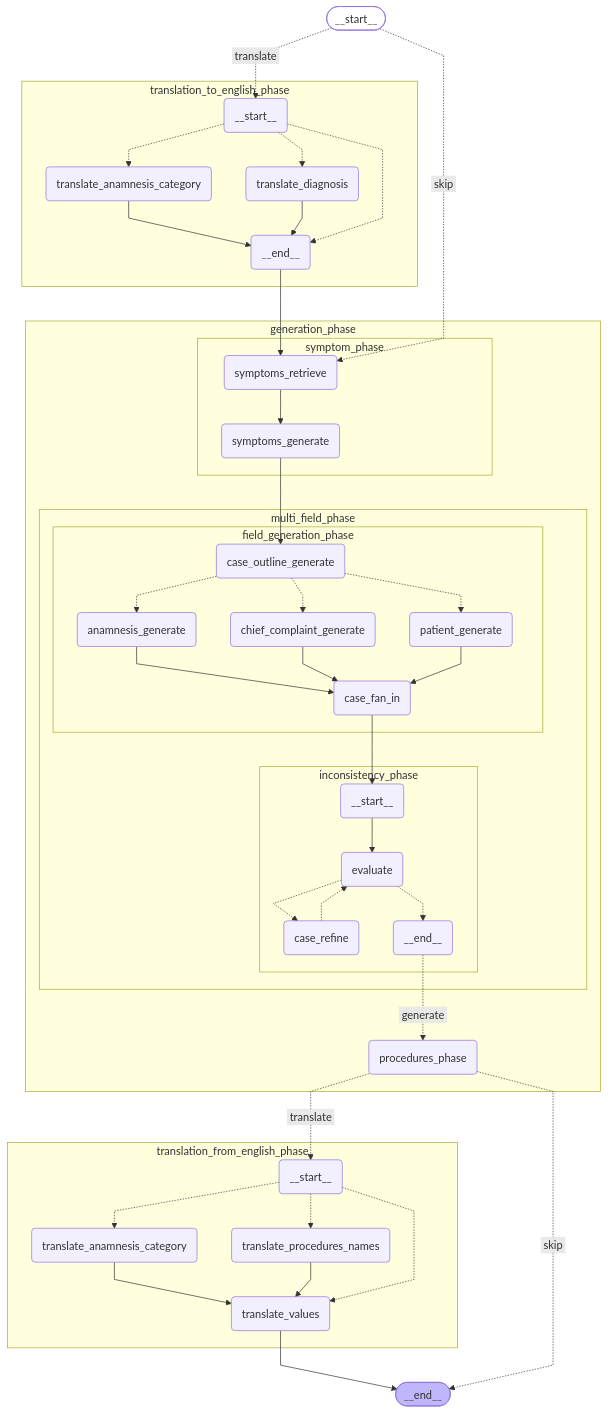
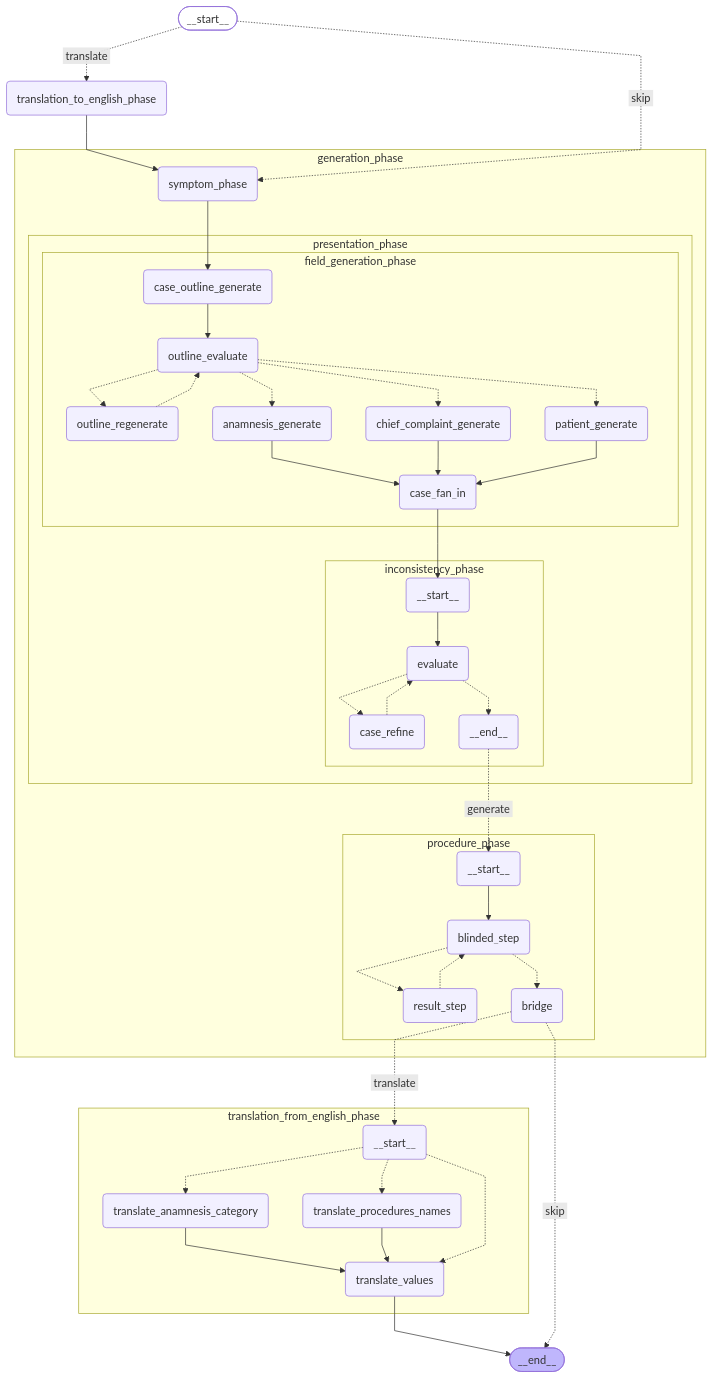
Before and after one commit to janthoXO/AetioMed: the diagram in docs/case-graph.mmd, drawn with Mermaid. The commit also changed 45 other files, not shown here.

```diff
--- a/docs/case-graph.mmd
+++ b/docs/case-graph.mmd
@@ -1,71 +1,71 @@
 %%{init: {'flowchart': {'curve': 'linear'}}}%%
 graph TD;
 	__start__([<p>__start__</p>]):::first
-	translation_to_english_phase___start__(<p>__start__</p>)
-	translation_to_english_phase_translate_diagnosis(translate_diagnosis)
-	translation_to_english_phase_translate_anamnesis_category(translate_anamnesis_category)
-	translation_to_english_phase___end__(<p>__end__</p>)
-	generation_phase_symptom_phase_symptoms_retrieve(symptoms_retrieve)
-	generation_phase_symptom_phase_symptoms_generate(symptoms_generate)
-	generation_phase_multi_field_phase_field_generation_phase_case_outline_generate(case_outline_generate)
-	generation_phase_multi_field_phase_field_generation_phase_patient_generate(patient_generate)
-	generation_phase_multi_field_phase_field_generation_phase_chief_complaint_generate(chief_complaint_generate)
-	generation_phase_multi_field_phase_field_generation_phase_anamnesis_generate(anamnesis_generate)
-	generation_phase_multi_field_phase_field_generation_phase_case_fan_in(case_fan_in)
-	generation_phase_multi_field_phase_inconsistency_phase___start__(<p>__start__</p>)
-	generation_phase_multi_field_phase_inconsistency_phase_evaluate(evaluate)
-	generation_phase_multi_field_phase_inconsistency_phase_case_refine(case_refine)
-	generation_phase_multi_field_phase_inconsistency_phase___end__(<p>__end__</p>)
-	generation_phase_procedures_phase(procedures_phase)
+	translation_to_english_phase(translation_to_english_phase)
+	generation_phase_symptom_phase(symptom_phase)
+	generation_phase_presentation_phase_field_generation_phase_case_outline_generate(case_outline_generate)
+	generation_phase_presentation_phase_field_generation_phase_outline_evaluate(outline_evaluate)
+	generation_phase_presentation_phase_field_generation_phase_outline_regenerate(outline_regenerate)
+	generation_phase_presentation_phase_field_generation_phase_patient_generate(patient_generate)
+	generation_phase_presentation_phase_field_generation_phase_chief_complaint_generate(chief_complaint_generate)
+	generation_phase_presentation_phase_field_generation_phase_anamnesis_generate(anamnesis_generate)
+	generation_phase_presentation_phase_field_generation_phase_case_fan_in(case_fan_in)
+	generation_phase_presentation_phase_inconsistency_phase___start__(<p>__start__</p>)
+	generation_phase_presentation_phase_inconsistency_phase_evaluate(evaluate)
+	generation_phase_presentation_phase_inconsistency_phase_case_refine(case_refine)
+	generation_phase_presentation_phase_inconsistency_phase___end__(<p>__end__</p>)
+	generation_phase_procedure_phase___start__(<p>__start__</p>)
+	generation_phase_procedure_phase_blinded_step(blinded_step)
+	generation_phase_procedure_phase_result_step(result_step)
+	generation_phase_procedure_phase_bridge(bridge)
 	translation_from_english_phase___start__(<p>__start__</p>)
 	translation_from_english_phase_translate_anamnesis_category(translate_anamnesis_category)
 	translation_from_english_phase_translate_procedures_names(translate_procedures_names)
 	translation_from_english_phase_translate_values(translate_values)
 	__end__([<p>__end__</p>]):::last
 	translation_from_english_phase_translate_values --> __end__;
-	translation_to_english_phase___end__ --> generation_phase_symptom_phase_symptoms_retrieve;
-	__start__ -. &nbsp;translate&nbsp; .-> translation_to_english_phase___start__;
-	__start__ -. &nbsp;skip&nbsp; .-> generation_phase_symptom_phase_symptoms_retrieve;
-	generation_phase_procedures_phase -. &nbsp;translate&nbsp; .-> translation_from_english_phase___start__;
-	generation_phase_procedures_phase -. &nbsp;skip&nbsp; .-> __end__;
-	subgraph translation_to_english_phase
-	translation_to_english_phase_translate_anamnesis_category --> translation_to_english_phase___end__;
-	translation_to_english_phase_translate_diagnosis --> translation_to_english_phase___end__;
-	translation_to_english_phase___start__ -.-> translation_to_english_phase_translate_diagnosis;
-	translation_to_english_phase___start__ -.-> translation_to_english_phase_translate_anamnesis_category;
-	translation_to_english_phase___start__ -.-> translation_to_english_phase___end__;
-	end
+	translation_to_english_phase --> generation_phase_symptom_phase;
+	__start__ -. &nbsp;translate&nbsp; .-> translation_to_english_phase;
+	__start__ -. &nbsp;skip&nbsp; .-> generation_phase_symptom_phase;
+	generation_phase_procedure_phase_bridge -. &nbsp;translate&nbsp; .-> translation_from_english_phase___start__;
+	generation_phase_procedure_phase_bridge -. &nbsp;skip&nbsp; .-> __end__;
 	subgraph generation_phase
-	subgraph symptom_phase
-	generation_phase_symptom_phase_symptoms_retrieve --> generation_phase_symptom_phase_symptoms_generate;
-	end
-	subgraph multi_field_phase
+	subgraph presentation_phase
 	subgraph field_generation_phase
-	generation_phase_multi_field_phase_field_generation_phase_anamnesis_generate --> generation_phase_multi_field_phase_field_generation_phase_case_fan_in;
-	generation_phase_multi_field_phase_field_generation_phase_chief_complaint_generate --> generation_phase_multi_field_phase_field_generation_phase_case_fan_in;
-	generation_phase_multi_field_phase_field_generation_phase_patient_generate --> generation_phase_multi_field_phase_field_generation_phase_case_fan_in;
-	generation_phase_multi_field_phase_field_generation_phase_case_outline_generate -.-> generation_phase_multi_field_phase_field_generation_phase_patient_generate;
-	generation_phase_multi_field_phase_field_generation_phase_case_outline_generate -.-> generation_phase_multi_field_phase_field_generation_phase_chief_complaint_generate;
-	generation_phase_multi_field_phase_field_generation_phase_case_outline_generate -.-> generation_phase_multi_field_phase_field_generation_phase_anamnesis_generate;
+	generation_phase_presentation_phase_field_generation_phase_anamnesis_generate --> generation_phase_presentation_phase_field_generation_phase_case_fan_in;
+	generation_phase_presentation_phase_field_generation_phase_case_outline_generate --> generation_phase_presentation_phase_field_generation_phase_outline_evaluate;
+	generation_phase_presentation_phase_field_generation_phase_chief_complaint_generate --> generation_phase_presentation_phase_field_generation_phase_case_fan_in;
+	generation_phase_presentation_phase_field_generation_phase_patient_generate --> generation_phase_presentation_phase_field_generation_phase_case_fan_in;
+	generation_phase_presentation_phase_field_generation_phase_outline_evaluate -.-> generation_phase_presentation_phase_field_generation_phase_outline_regenerate;
+	generation_phase_presentation_phase_field_generation_phase_outline_evaluate -.-> generation_phase_presentation_phase_field_generation_phase_patient_generate;
+	generation_phase_presentation_phase_field_generation_phase_outline_evaluate -.-> generation_phase_presentation_phase_field_generation_phase_chief_complaint_generate;
+	generation_phase_presentation_phase_field_generation_phase_outline_evaluate -.-> generation_phase_presentation_phase_field_generation_phase_anamnesis_generate;
+	generation_phase_presentation_phase_field_generation_phase_outline_regenerate -.-> generation_phase_presentation_phase_field_generation_phase_outline_evaluate;
 	end
 	subgraph inconsistency_phase
-	generation_phase_multi_field_phase_inconsistency_phase___start__ --> generation_phase_multi_field_phase_inconsistency_phase_evaluate;
-	generation_phase_multi_field_phase_inconsistency_phase_evaluate -.-> generation_phase_multi_field_phase_inconsistency_phase_case_refine;
-	generation_phase_multi_field_phase_inconsistency_phase_evaluate -.-> generation_phase_multi_field_phase_inconsistency_phase___end__;
-	generation_phase_multi_field_phase_inconsistency_phase_case_refine -.-> generation_phase_multi_field_phase_inconsistency_phase_evaluate;
+	generation_phase_presentation_phase_inconsistency_phase___start__ --> generation_phase_presentation_phase_inconsistency_phase_evaluate;
+	generation_phase_presentation_phase_inconsistency_phase_evaluate -.-> generation_phase_presentation_phase_inconsistency_phase_case_refine;
+	generation_phase_presentation_phase_inconsistency_phase_evaluate -.-> generation_phase_presentation_phase_inconsistency_phase___end__;
+	generation_phase_presentation_phase_inconsistency_phase_case_refine -.-> generation_phase_presentation_phase_inconsistency_phase_evaluate;
 	end
-	generation_phase_multi_field_phase_field_generation_phase_case_fan_in --> generation_phase_multi_field_phase_inconsistency_phase___start__;
+	generation_phase_presentation_phase_field_generation_phase_case_fan_in --> generation_phase_presentation_phase_inconsistency_phase___start__;
 	end
-	generation_phase_symptom_phase_symptoms_generate --> generation_phase_multi_field_phase_field_generation_phase_case_outline_generate;
-	generation_phase_multi_field_phase_inconsistency_phase___end__ -. &nbsp;generate&nbsp; .-> generation_phase_procedures_phase;
+	subgraph procedure_phase
+	generation_phase_procedure_phase___start__ --> generation_phase_procedure_phase_blinded_step;
+	generation_phase_procedure_phase_blinded_step -.-> generation_phase_procedure_phase_result_step;
+	generation_phase_procedure_phase_blinded_step -.-> generation_phase_procedure_phase_bridge;
+	generation_phase_procedure_phase_result_step -.-> generation_phase_procedure_phase_blinded_step;
+	end
+	generation_phase_symptom_phase --> generation_phase_presentation_phase_field_generation_phase_case_outline_generate;
+	generation_phase_presentation_phase_inconsistency_phase___end__ -. &nbsp;generate&nbsp; .-> generation_phase_procedure_phase___start__;
 	end
 	subgraph translation_from_english_phase
 	translation_from_english_phase_translate_anamnesis_category --> translation_from_english_phase_translate_values;
 	translation_from_english_phase_translate_procedures_names --> translation_from_english_phase_translate_values;
 	translation_from_english_phase___start__ -.-> translation_from_english_phase_translate_anamnesis_category;
 	translation_from_english_phase___start__ -.-> translation_from_english_phase_translate_procedures_names;
 	translation_from_english_phase___start__ -.-> translation_from_english_phase_translate_values;
 	end
 	classDef default fill:#f2f0ff,line-height:1.2;
 	classDef first fill-opacity:0;
 	classDef last fill:#bfb6fc;
```
